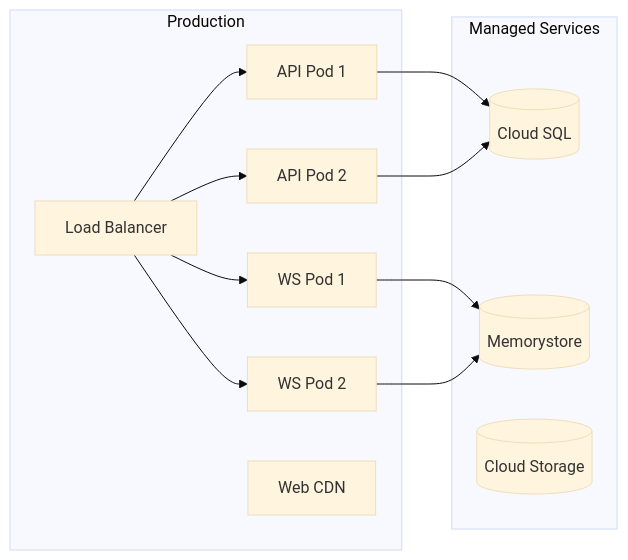
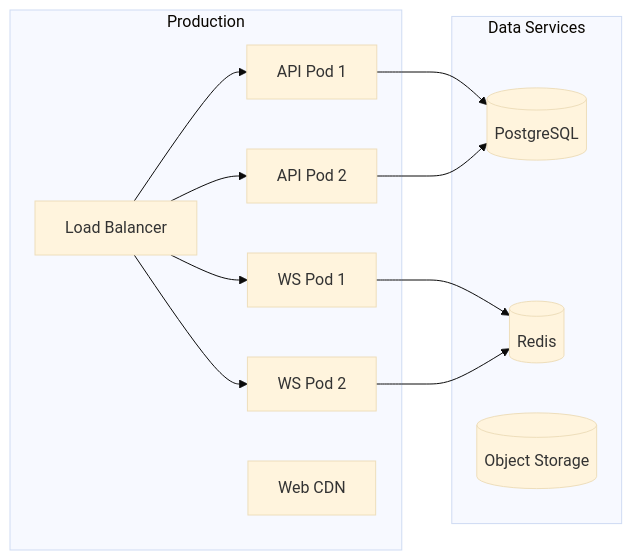
Before and after one commit to tsutsumi389/agentest: the fourth of 4 diagrams in docs/architecture/diagrams/system-overview.md, drawn with Mermaid (base theme). The commit also changed 43 other files, not shown here.

````diff
--- a/docs/architecture/diagrams/system-overview.md
+++ b/docs/architecture/diagrams/system-overview.md
@@ -103,27 +103,27 @@
 ```mermaid
 graph LR
     subgraph Production
         LB[Load Balancer]
         API1[API Pod 1]
         API2[API Pod 2]
         WS1[WS Pod 1]
         WS2[WS Pod 2]
         Web[Web CDN]
     end
 
-    subgraph Managed Services
-        PG[(Cloud SQL)]
-        Redis[(Memorystore)]
-        Storage[(Cloud Storage)]
+    subgraph Data Services
+        PG[(PostgreSQL)]
+        Redis[(Redis)]
+        Storage[(Object Storage)]
     end
 
     LB --> API1
     LB --> API2
     LB --> WS1
     LB --> WS2
 
     API1 --> PG
     API2 --> PG
     WS1 --> Redis
     WS2 --> Redis
 ```
````
